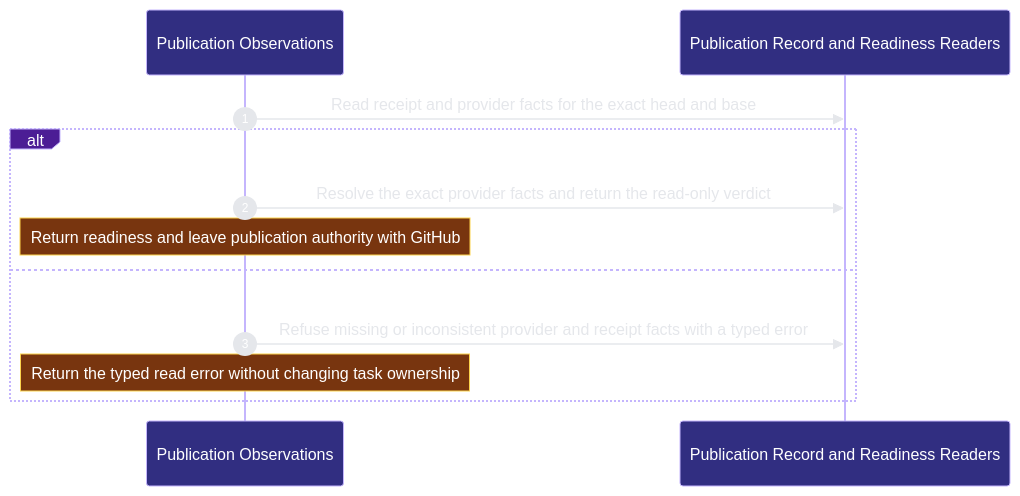
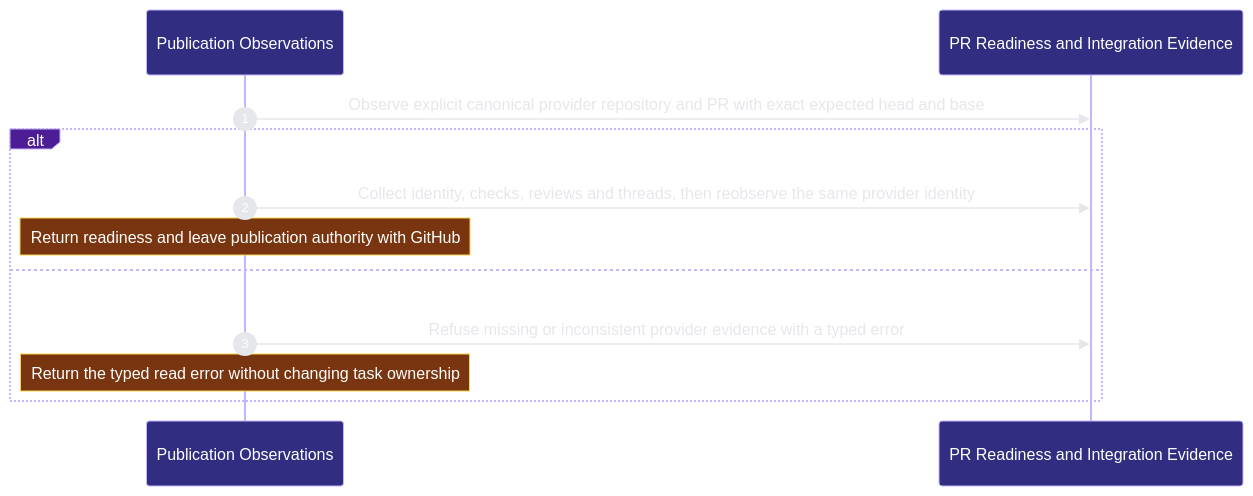
Before and after one commit to Ancienttwo/repo-harness: the second of 2 diagrams in docs/architecture/modules/organization/publication.md, drawn with Mermaid. The commit also changed other lines of this file and 27 other files, not shown here.

First line of the commit message:
chore(projection): refresh generated architecture outputs for main@bbf18043e43e

````diff
--- a/docs/architecture/modules/organization/publication.md
+++ b/docs/architecture/modules/organization/publication.md
@@ -89,15 +88,15 @@
 ```mermaid
 %%{init: {"theme":"base","themeVariables":{"background":"#0d1117","actorBkg":"#312e81","actorBorder":"#c4b5fd","actorTextColor":"#ffffff","signalColor":"#e5e7eb","signalTextColor":"#e5e7eb","labelBoxBkgColor":"#4c1d95","labelBoxBorderColor":"#c4b5fd","labelTextColor":"#ffffff","noteBkgColor":"#78350f","noteBorderColor":"#fcd34d","noteTextColor":"#ffffff","sequenceNumberColor":"#ffffff"}}}%%
 sequenceDiagram
   autonumber
   participant p2_publication_1c89e8c8 as Publication Observations
-  participant p2_reader_f734aaea as Publication Record and Readiness Readers
-  p2_publication_1c89e8c8->>p2_reader_f734aaea: Read receipt and provider facts for the exact head and base
+  participant p2_reader_f734aaea as PR Readiness and Integration Evidence
+  p2_publication_1c89e8c8->>p2_reader_f734aaea: Observe explicit canonical provider repository and PR with exact expected head and base
   alt Report the read-only readiness verdict
-  p2_publication_1c89e8c8->>p2_reader_f734aaea: Resolve the exact provider facts and return the read-only verdict
+  p2_publication_1c89e8c8->>p2_reader_f734aaea: Collect identity#44; checks#44; reviews and threads#44; then reobserve the same provider identity
     Note over p2_publication_1c89e8c8: Return readiness and leave publication authority with GitHub
-  else Provider or historical receipt facts are unavailable
-  p2_publication_1c89e8c8->>p2_reader_f734aaea: Refuse missing or inconsistent provider and receipt facts with a typed error
+  else The provider observation is unavailable or differs from the explicit selector
+  p2_publication_1c89e8c8->>p2_reader_f734aaea: Refuse missing or inconsistent provider evidence with a typed error
     Note over p2_publication_1c89e8c8: Return the typed read error without changing task ownership
   end
 ```
````
